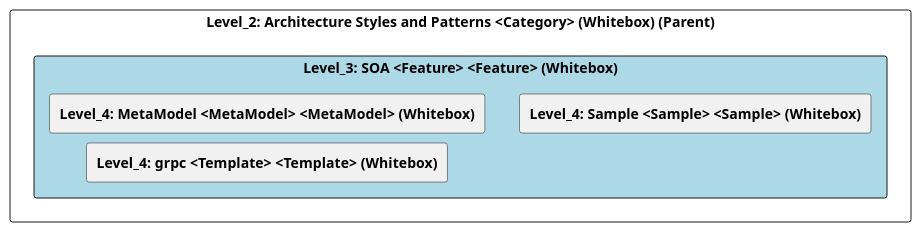
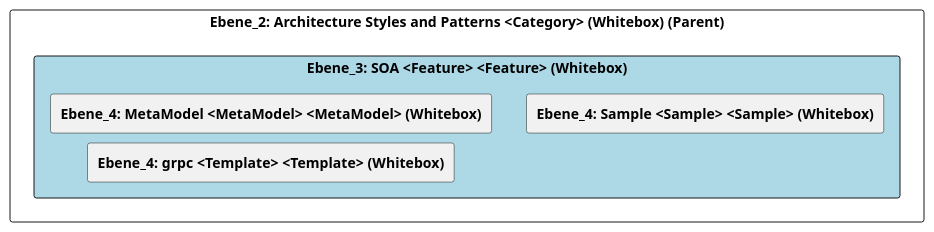
One commit to marcozwyssig/cleon changed the diagram in doc/cleonproject_deliverables_architecture_model_architecture/adoc/de/05_bausteinsicht/cleon/architecture_styles_and_patterns/soa/ebene_3_soa.adoc. Above: the diagram before and after it, drawn with PlantUML. The commit also changed other lines of this file and 258 other files, not shown here.

```diff
--- a/doc/cleonproject_deliverables_architecture_model_architecture/adoc/de/05_bausteinsicht/cleon/architecture_styles_and_patterns/soa/ebene_3_soa.adoc
+++ b/doc/cleonproject_deliverables_architecture_model_architecture/adoc/de/05_bausteinsicht/cleon/architecture_styles_and_patterns/soa/ebene_3_soa.adoc
@@ -24,26 +24,26 @@
-[plantuml, Level_3: SOA <Feature> <Feature> (Whitebox)BlockOverview, format="svg"]
+[plantuml, Ebene_3: SOA <Feature> <Feature> (Whitebox)BlockOverview, format="svg"]
 ----
-@startuml Level_3: SOA <Feature> <Feature> (Whitebox)BuildingBlockOverview
+@startuml Ebene_3: SOA <Feature> <Feature> (Whitebox)BuildingBlockOverview
 
 skinparam ranksep 10
 skinparam componentStyle rectangle
 skinparam shadowing false
 skinparam arrowColor lightblue
 skinparam arrowThickness 1.2
 skinparam rectangle {
   BackgroundColor White
   BorderColor #333
   RoundCorner 10
 }
 top to bottom direction
 
-component "Level_2: Architecture Styles and Patterns <Category> (Whitebox) (Parent)" {
-    component "Level_3: SOA <Feature> <Feature> (Whitebox)" #lightblue {
-        [**Level_4: MetaModel <MetaModel> <MetaModel> (Whitebox)**] as 4A56DE44_D579_11EE_903E_9F564E4DE07E
-        [**Level_4: Sample <Sample> <Sample> (Whitebox)**] as 1DD2DAA6_0414_11F0_B041_CF872C9C3703
-        [**Level_4: grpc <Template> <Template> (Whitebox)**] as 3C7BAB04_0414_11F0_B041_CF872C9C3703
+component "Ebene_2: Architecture Styles and Patterns <Category> (Whitebox) (Parent)" {
+    component "Ebene_3: SOA <Feature> <Feature> (Whitebox)" #lightblue {
+        [**Ebene_4: MetaModel <MetaModel> <MetaModel> (Whitebox)**] as 4A56DE44_D579_11EE_903E_9F564E4DE07E
+        [**Ebene_4: Sample <Sample> <Sample> (Whitebox)**] as 1DD2DAA6_0414_11F0_B041_CF872C9C3703
+        [**Ebene_4: grpc <Template> <Template> (Whitebox)**] as 3C7BAB04_0414_11F0_B041_CF872C9C3703
     }
 }
 
 @enduml
 ----
```
